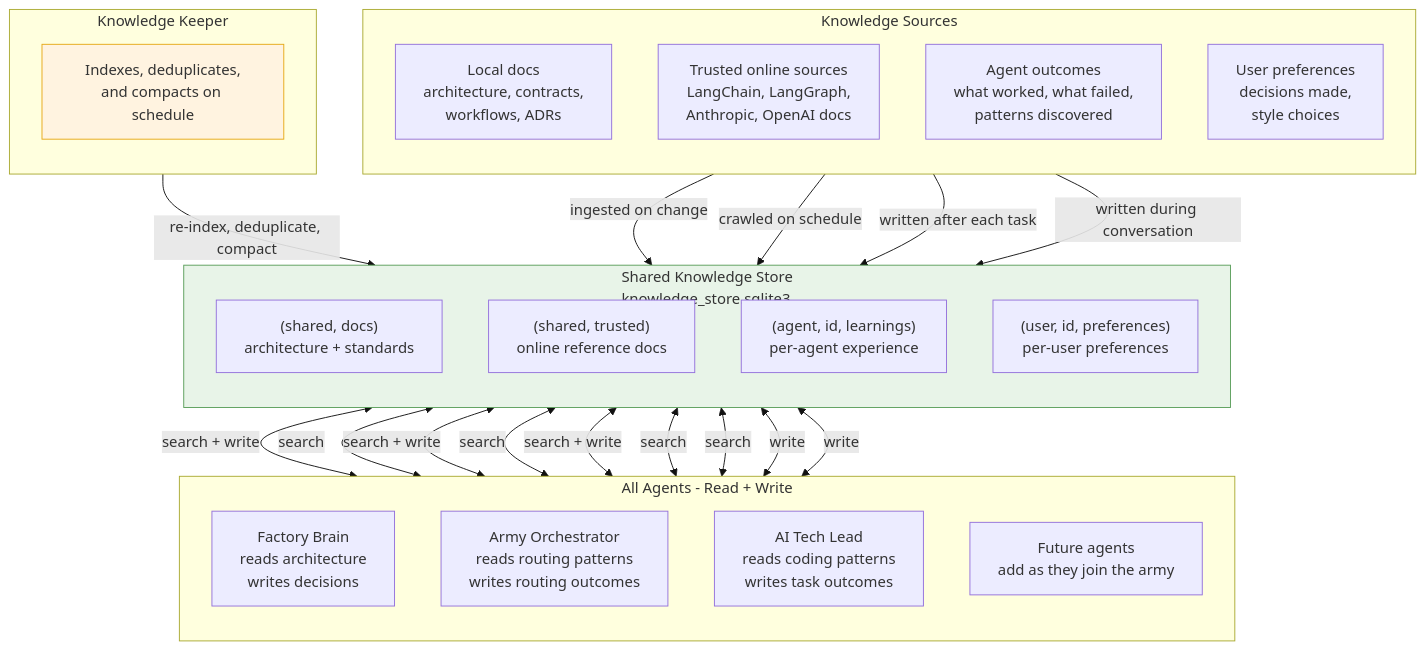
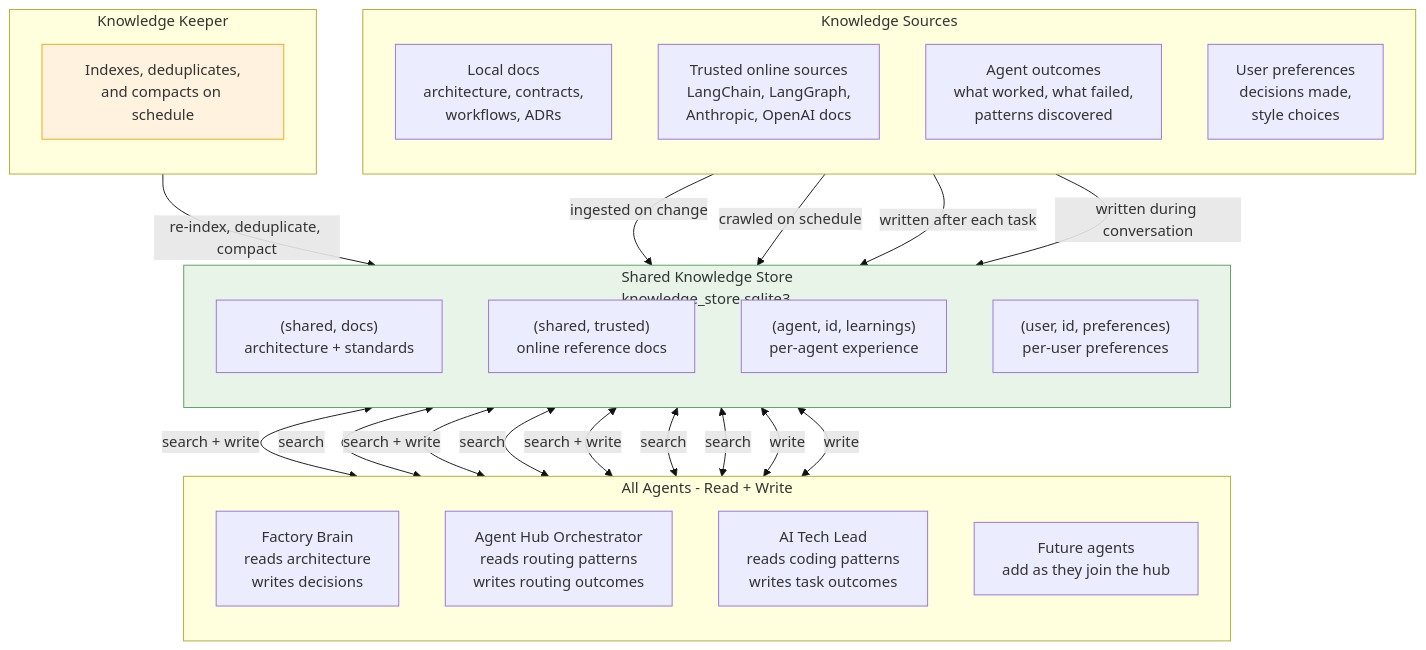
One commit to robvoto/agent-factory changed the diagram in docs/diagrams/04-KNOWLEDGE-FLOW.mmd. Above: the diagram before and after it, drawn with Mermaid. The commit also changed 26 other files, not shown here.

First line of the commit message:
docs: replace legacy "army" naming with Agent Hub

```diff
--- a/docs/diagrams/04-KNOWLEDGE-FLOW.mmd
+++ b/docs/diagrams/04-KNOWLEDGE-FLOW.mmd
@@ -1,53 +1,53 @@
 %%{init: {'themeVariables': {'lineColor': '#111111'}}}%%
 flowchart TB
     subgraph Sources["Knowledge Sources"]
         direction TB
         LocalDocs["Local docs<br/>architecture, contracts,<br/>workflows, ADRs"]
         TrustedURLs["Trusted online sources<br/>LangChain, LangGraph,<br/>Anthropic, OpenAI docs"]
         AgentOutcomes["Agent outcomes<br/>what worked, what failed,<br/>patterns discovered"]
         UserPrefs["User preferences<br/>decisions made,<br/>style choices"]
     end
 
     subgraph Store["Shared Knowledge Store<br/>knowledge_store.sqlite3"]
         direction TB
         SharedDocs["(shared, docs)<br/>architecture + standards"]
         SharedTrusted["(shared, trusted)<br/>online reference docs"]
         AgentLearnings["(agent, id, learnings)<br/>per-agent experience"]
         UserMemory["(user, id, preferences)<br/>per-user preferences"]
     end
 
     subgraph Agents["All Agents - Read + Write"]
         direction TB
         FactoryBrain["Factory Brain<br/>reads architecture<br/>writes decisions"]
-        ArmyOrch["Army Orchestrator<br/>reads routing patterns<br/>writes routing outcomes"]
+        HubOrch["Agent Hub Orchestrator<br/>reads routing patterns<br/>writes routing outcomes"]
         ATL["AI Tech Lead<br/>reads coding patterns<br/>writes task outcomes"]
-        FutureAgents["Future agents<br/>add as they join the army"]
+        FutureAgents["Future agents<br/>add as they join the hub"]
     end
 
     subgraph KeeperSection["Knowledge Keeper"]
         direction TB
         Keeper["Indexes, deduplicates,<br/>and compacts on schedule"]
     end
 
     LocalDocs -->|ingested on change| SharedDocs
     TrustedURLs -->|crawled on schedule| SharedTrusted
     AgentOutcomes -->|written after each task| AgentLearnings
     UserPrefs -->|written during conversation| UserMemory
 
     SharedDocs <-->|search + write| FactoryBrain
     SharedTrusted <-->|search| FactoryBrain
     AgentLearnings <-->|search + write| FactoryBrain
 
-    SharedDocs <-->|search| ArmyOrch
-    AgentLearnings <-->|search + write| ArmyOrch
+    SharedDocs <-->|search| HubOrch
+    AgentLearnings <-->|search + write| HubOrch
 
     SharedDocs <-->|search| ATL
     SharedTrusted <-->|search| ATL
     AgentLearnings <-->|write| ATL
 
     AgentLearnings <-->|write| FutureAgents
 
     Keeper -->|re-index, deduplicate, compact| Store
 
     style Store fill:#e8f4e8,stroke:#5a9e5a
     style Keeper fill:#fff3e0,stroke:#e6a817
```
